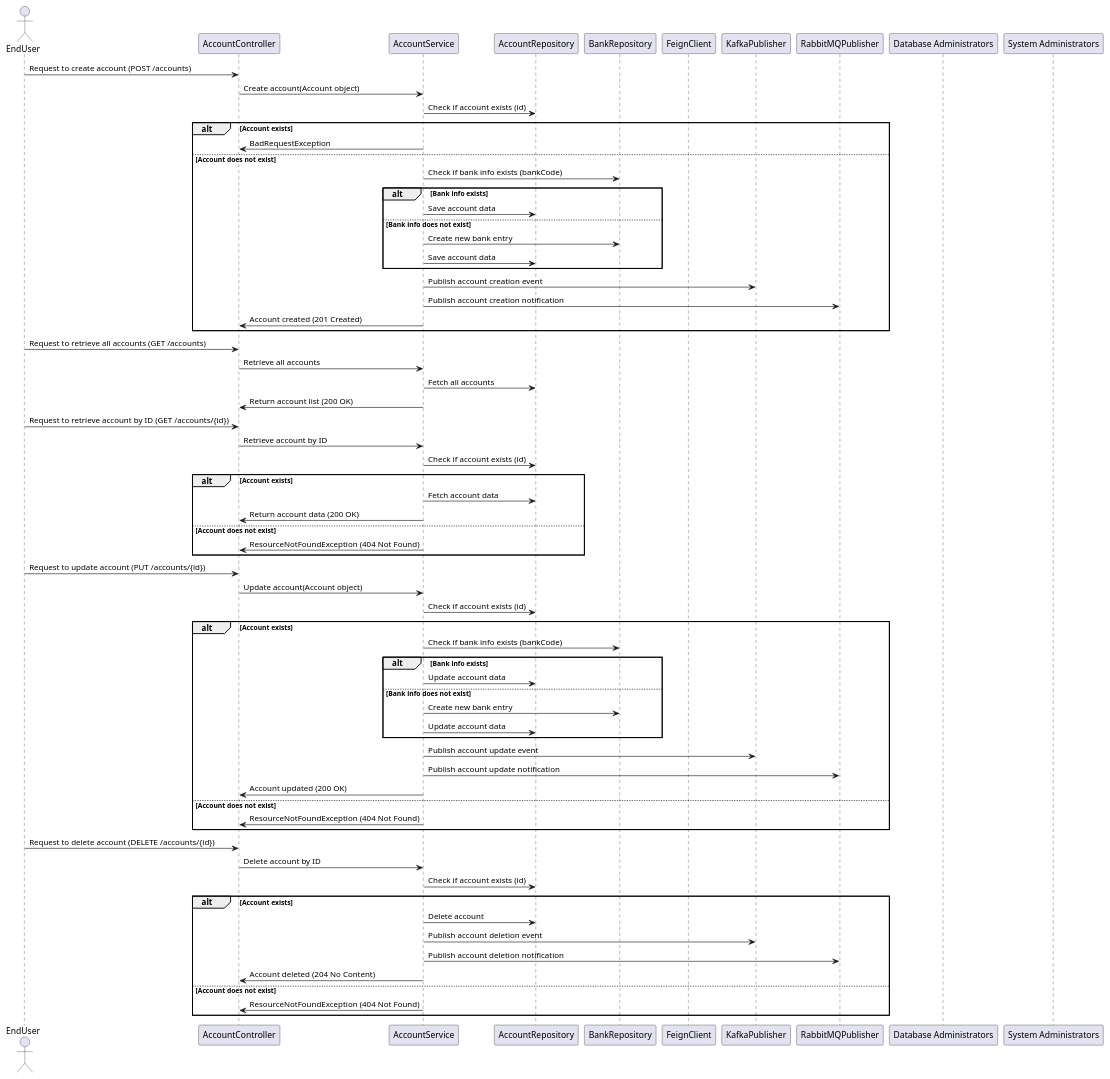
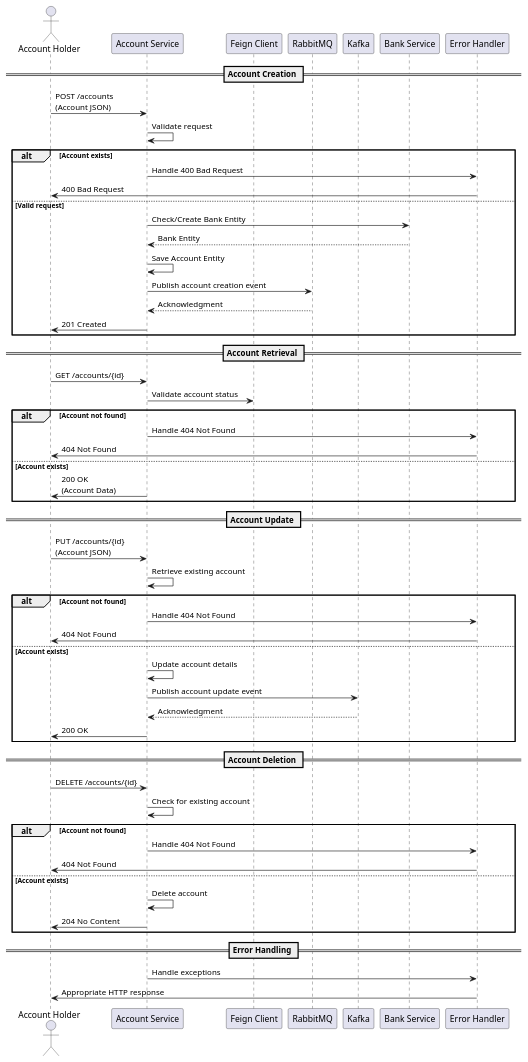
The diagram in design_document/Account_Service.md (Bhaskar-Pavan/AccountService), drawn with PlantUML before and after one commit. The commit also changed other lines of this file, not shown here.

````diff
--- a/design_document/Account_Service.md
+++ b/design_document/Account_Service.md
@@ -37,78 +37,65 @@
 ```plantuml
 @startuml
-actor EndUser as User
-participant "AccountController" as Controller
-participant "AccountService" as Service
-participant "AccountRepository" as AccountRepo
-participant "BankRepository" as BankRepo
-participant "FeignClient" as Feign
-participant "KafkaPublisher" as Kafka
-participant "RabbitMQPublisher" as RabbitMQ
-participant "Database Administrators" as DBAdmin
-participant "System Administrators" as SysAdmin
+actor "Account Holder" as Client
+participant "Account Service" as Service
+participant "Feign Client" as Feign
+participant "RabbitMQ" as RabbitMQ
+participant "Kafka" as Kafka
+participant "Bank Service" as BankService
+participant "Error Handler" as ErrorHandler
 
-User -> Controller: Request to create account (POST /accounts)
-Controller -> Service: Create account(Account object)
-Service -> AccountRepo: Check if account exists (id)
+== Account Creation ==
+Client -> Service: POST /accounts\n(Account JSON)
+Service -> Service: Validate request
 alt Account exists
-    Service -> Controller: BadRequestException
-else Account does not exist
-    Service -> BankRepo: Check if bank info exists (bankCode)
-    alt Bank info exists
-        Service -> AccountRepo: Save account data
-    else Bank info does not exist
-        Service -> BankRepo: Create new bank entry
-        Service -> AccountRepo: Save account data
-    end
-    Service -> Kafka: Publish account creation event
-    Service -> RabbitMQ: Publish account creation notification
-    Service -> Controller: Account created (201 Created)
+    Service -> ErrorHandler: Handle 400 Bad Request
+    ErrorHandler -> Client: 400 Bad Request
+else Valid request
+    Service -> BankService: Check/Create Bank Entity
+    BankService --> Service: Bank Entity
+    Service -> Service: Save Account Entity
+    Service -> RabbitMQ: Publish account creation event
+    RabbitMQ --> Service: Acknowledgment
+    Service -> Client: 201 Created
 end
 
-User -> Controller: Request to retrieve all accounts (GET /accounts)
-Controller -> Service: Retrieve all accounts
-Service -> AccountRepo: Fetch all accounts
-Service -> Controller: Return account list (200 OK)
-
-User -> Controller: Request to retrieve account by ID (GET /accounts/{id})
-Controller -> Service: Retrieve account by ID
-Service -> AccountRepo: Check if account exists (id)
-alt Account exists
-    Service -> AccountRepo: Fetch account data
-    Service -> Controller: Return account data (200 OK)
-else Account does not exist
-    Service -> Controller: ResourceNotFoundException (404 Not Found)
+== Account Retrieval ==
+Client -> Service: GET /accounts/{id}
+Service -> Feign: Validate account status
+alt Account not found
+    Service -> ErrorHandler: Handle 404 Not Found
+    ErrorHandler -> Client: 404 Not Found
+else Account exists
+    Service -> Client: 200 OK\n(Account Data)
 end
 
-User -> Controller: Request to update account (PUT /accounts/{id})
-Controller -> Service: Update account(Account object)
-Service -> AccountRepo: Check if account exists (id)
-alt Account exists
-    Service -> BankRepo: Check if bank info exists (bankCode)
-    alt Bank info exists
-        Service -> AccountRepo: Update account data
-    else Bank info does not exist
-        Service -> BankRepo: Create new bank entry
-        Service -> AccountRepo: Update account data
-    end
+== Account Update ==
+Client -> Service: PUT /accounts/{id}\n(Account JSON)
+Service -> Service: Retrieve existing account
+alt Account not found
+    Service -> ErrorHandler: Handle 404 Not Found
+    ErrorHandler -> Client: 404 Not Found
+else Account exists
+    Service -> Service: Update account details
     Service -> Kafka: Publish account update event
-    Service -> RabbitMQ: Publish account update notification
-    Service -> Controller: Account updated (200 OK)
-else Account does not exist
-    Service -> Controller: ResourceNotFoundException (404 Not Found)
+    Kafka --> Service: Acknowledgment
+    Service -> Client: 200 OK
 end
 
-User -> Controller: Request to delete account (DELETE /accounts/{id})
-Controller -> Service: Delete account by ID
-Service -> AccountRepo: Check if account exists (id)
-alt Account exists
-    Service -> AccountRepo: Delete account
-    Service -> Kafka: Publish account deletion event
-    Service -> RabbitMQ: Publish account deletion notification
-    Service -> Controller: Account deleted (204 No Content)
-else Account does not exist
-    Service -> Controller: ResourceNotFoundException (404 Not Found)
+== Account Deletion ==
+Client -> Service: DELETE /accounts/{id}
+Service -> Service: Check for existing account
+alt Account not found
+    Service -> ErrorHandler: Handle 404 Not Found
+    ErrorHandler -> Client: 404 Not Found
+else Account exists
+    Service -> Service: Delete account
+    Service -> Client: 204 No Content
 end
+
+== Error Handling ==
+Service -> ErrorHandler: Handle exceptions
+ErrorHandler -> Client: Appropriate HTTP response
 
 @enduml
 ```
````
